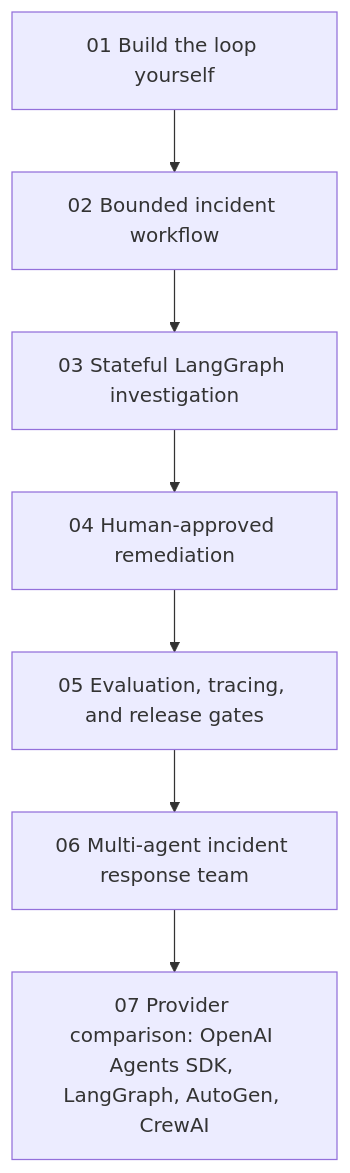
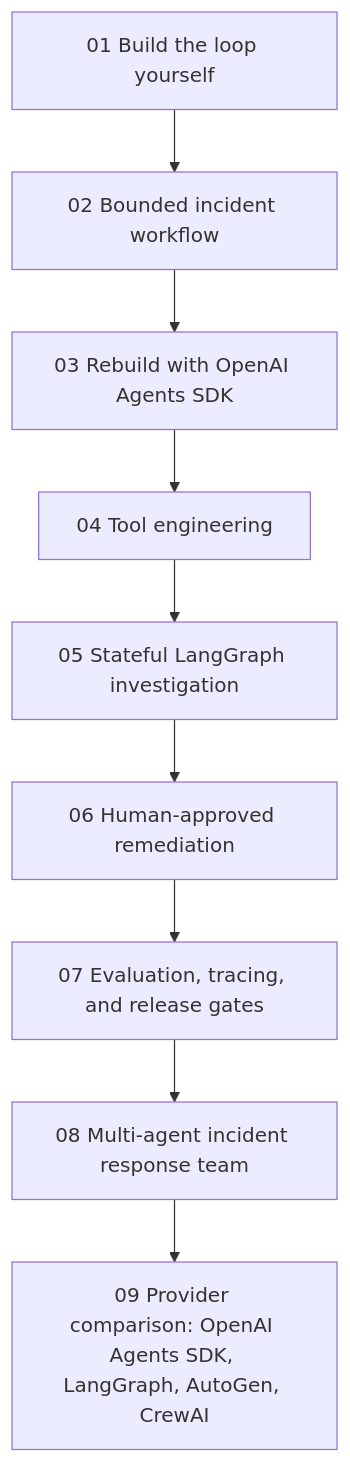
The diagram in docs/agentops-lab.md (mahsa-teimourikia/awesome-ai-agents), drawn with Mermaid before and after one commit. The commit also changed other lines of this file and 9 other files, not shown here.

Commit message:
Add AgentOps SDK and tool engineering notebooks

````diff
--- a/docs/agentops-lab.md
+++ b/docs/agentops-lab.md
@@ -31,9 +33,11 @@
 ```mermaid
 flowchart TD
     N1["01 Build the loop yourself"] --> N2["02 Bounded incident workflow"]
-    N2 --> N3["03 Stateful LangGraph investigation"]
-    N3 --> N4["04 Human-approved remediation"]
-    N4 --> N5["05 Evaluation, tracing, and release gates"]
-    N5 --> N6["06 Multi-agent incident response team"]
-    N6 --> N7["07 Provider comparison: OpenAI Agents SDK, LangGraph, AutoGen, CrewAI"]
+    N2 --> N3["03 Rebuild with OpenAI Agents SDK"]
+    N3 --> N4["04 Tool engineering"]
+    N4 --> N5["05 Stateful LangGraph investigation"]
+    N5 --> N6["06 Human-approved remediation"]
+    N6 --> N7["07 Evaluation, tracing, and release gates"]
+    N7 --> N8["08 Multi-agent incident response team"]
+    N8 --> N9["09 Provider comparison: OpenAI Agents SDK, LangGraph, AutoGen, CrewAI"]
 ```
````
